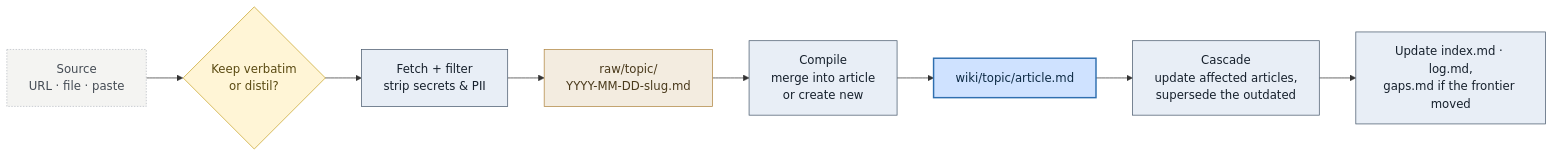
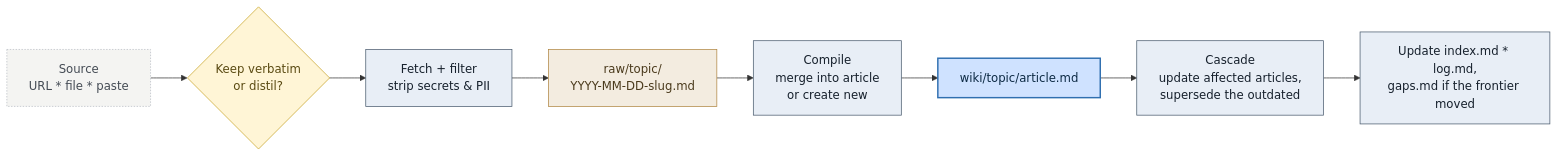
The second of 4 diagrams in Skills/llm-wiki/README.md (sammcj/agentic-coding), drawn with Mermaid before and after one commit. The commit also changed other lines of this file and 14 other files, not shown here.

````diff
--- a/Skills/llm-wiki/README.md
+++ b/Skills/llm-wiki/README.md
@@ -71,21 +71,21 @@
 ```mermaid
 %%{init: {'flowchart': {'curve': 'basis'}, 'themeVariables': {'fontFamily': 'ui-sans-serif, system-ui, sans-serif'}}}%%
 flowchart LR
-    src["Source<br/>URL · file · paste"]:::ext
+    src["Source<br/>URL * file * paste"]:::ext
     mode{"Keep verbatim<br/>or distil?"}:::decision
     fetch["Fetch + filter<br/>strip secrets & PII"]:::step
     rawf["raw/topic/<br/>YYYY-MM-DD-slug.md"]:::raw
     compile["Compile<br/>merge into article<br/>or create new"]:::step
     art["wiki/topic/article.md"]:::wiki
     cascade["Cascade<br/>update affected articles,<br/>supersede the outdated"]:::step
-    book["Update index.md · log.md,<br/>gaps.md if the frontier moved"]:::special
+    book["Update index.md * log.md,<br/>gaps.md if the frontier moved"]:::special
 
     src --> mode --> fetch --> rawf --> compile --> art --> cascade --> book
 
     classDef ext      fill:#f4f4f2,stroke:#b9bdc4,stroke-dasharray:2 2,color:#444b54;
     classDef decision fill:#fff5d6,stroke:#c8a52a,color:#5a4a12;
     classDef step     fill:#e8eef6,stroke:#4a5b6e,color:#16202c;
     classDef raw      fill:#f3ece0,stroke:#b08642,color:#4a3a1c;
     classDef wiki     fill:#cfe2ff,stroke:#2f6fb0,stroke-width:2px,color:#0d2a44;
     classDef special  fill:#e8eef6,stroke:#4a5b6e,color:#16202c;
 ```
````
